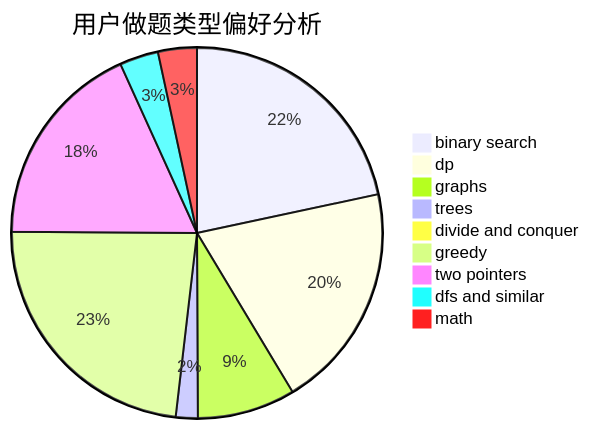
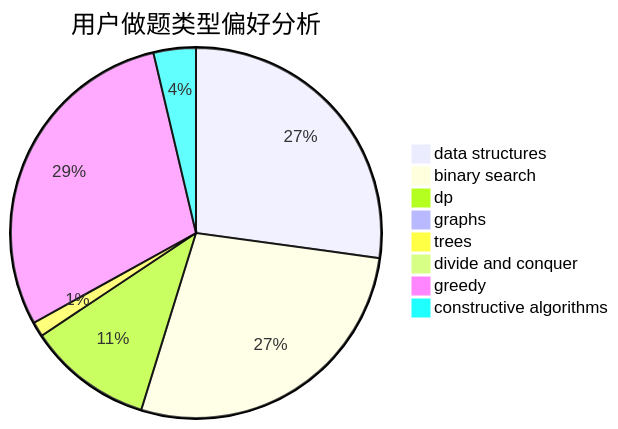
One commit to sherpahu/cfrs.github.io changed the second of 3 diagrams in docs/user/u248.md. Above: the diagram before and after it, drawn with Mermaid. The commit also changed other lines of this file and 2775 other files, not shown here.

````diff
--- a/docs/user/u248.md
+++ b/docs/user/u248.md
@@ -23,12 +23,11 @@
 ```mermaid
 pie title 用户做题类型偏好分析
-    "binary search" :  147
-    "dp" :  134
-    "graphs" :  58
-    "trees" :  13
+    "data structures" :  125
+    "binary search" :  127
+    "dp" :  50
+    "graphs" :  1
+    "trees" :  6
     "divide and conquer" :  1
-    "greedy" :  158
-    "two pointers" :  123
-    "dfs and similar" :  23
-    "math" :  23
+    "greedy" :  135
+    "constructive algorithms" :  17
 ```
````
